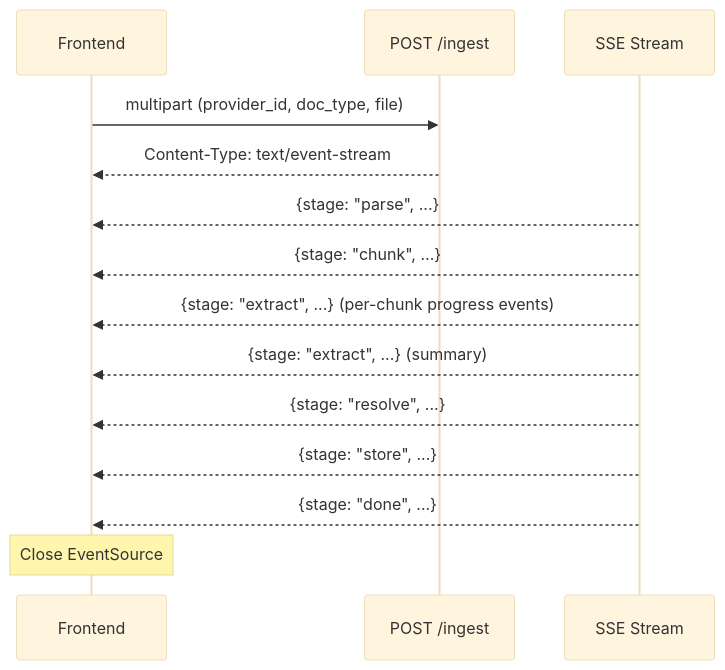
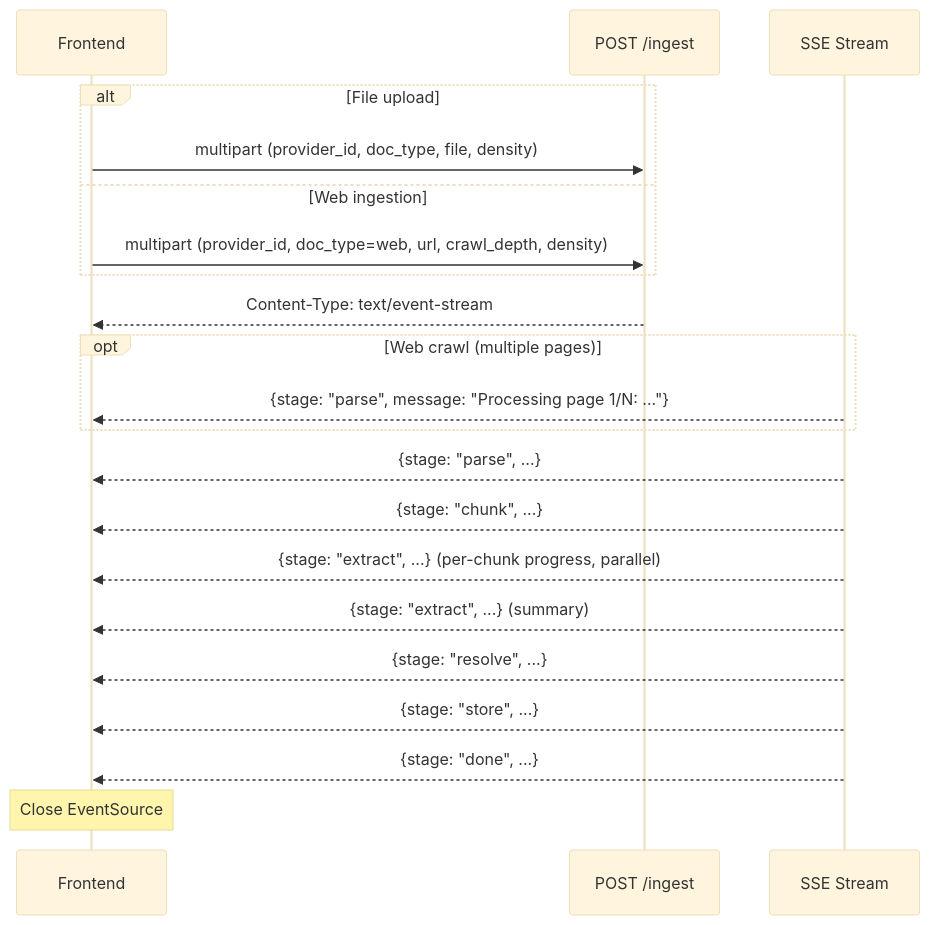
One commit to rashwin88/trident-demo changed the first of 2 diagrams in docs/api-reference.md. Above: the diagram before and after it, drawn with Mermaid (base theme). The commit also changed other lines of this file and 50 other files, not shown here.

````diff
--- a/docs/api-reference.md
+++ b/docs/api-reference.md
@@ -143,18 +166,25 @@
 ```mermaid
 sequenceDiagram
     participant FE as Frontend
     participant API as POST /ingest
     participant SSE as SSE Stream
 
-    FE->>API: multipart (provider_id, doc_type, file)
+    alt File upload
+        FE->>API: multipart (provider_id, doc_type, file, density)
+    else Web ingestion
+        FE->>API: multipart (provider_id, doc_type=web, url, crawl_depth, density)
+    end
     API-->>FE: Content-Type: text/event-stream
 
+    opt Web crawl (multiple pages)
+        SSE-->>FE: {stage: "parse", message: "Processing page 1/N: ..."}
+    end
     SSE-->>FE: {stage: "parse", ...}
     SSE-->>FE: {stage: "chunk", ...}
-    SSE-->>FE: {stage: "extract", ...} (per-chunk progress events)
+    SSE-->>FE: {stage: "extract", ...} (per-chunk progress, parallel)
     SSE-->>FE: {stage: "extract", ...} (summary)
     SSE-->>FE: {stage: "resolve", ...}
     SSE-->>FE: {stage: "store", ...}
     SSE-->>FE: {stage: "done", ...}
     Note over FE: Close EventSource
 ```
````
